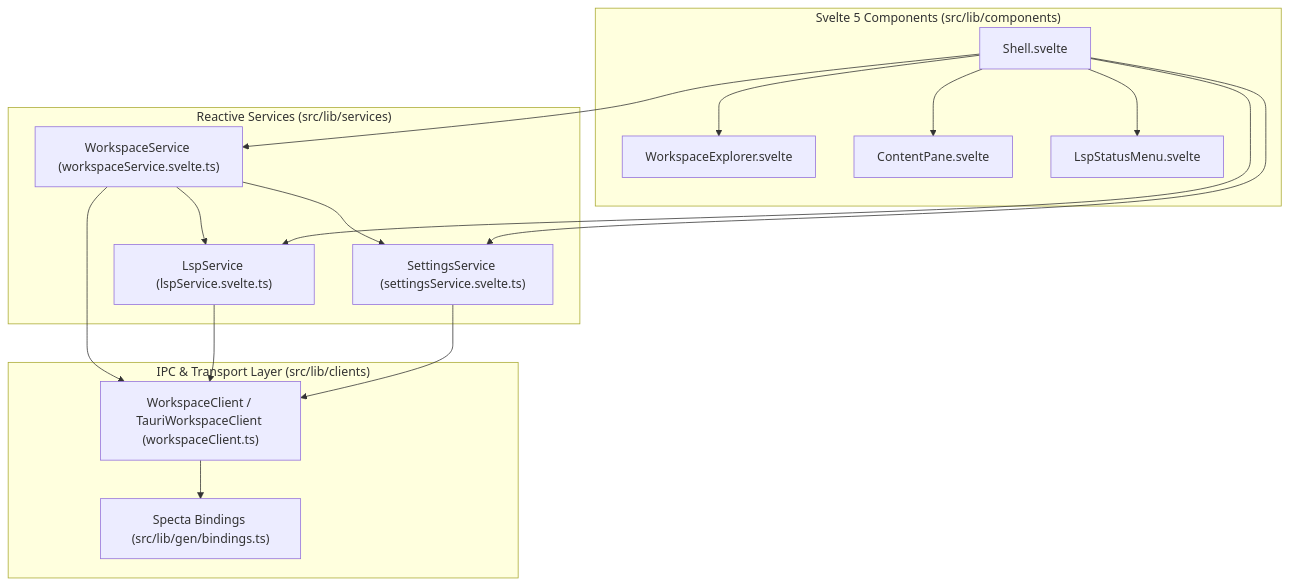
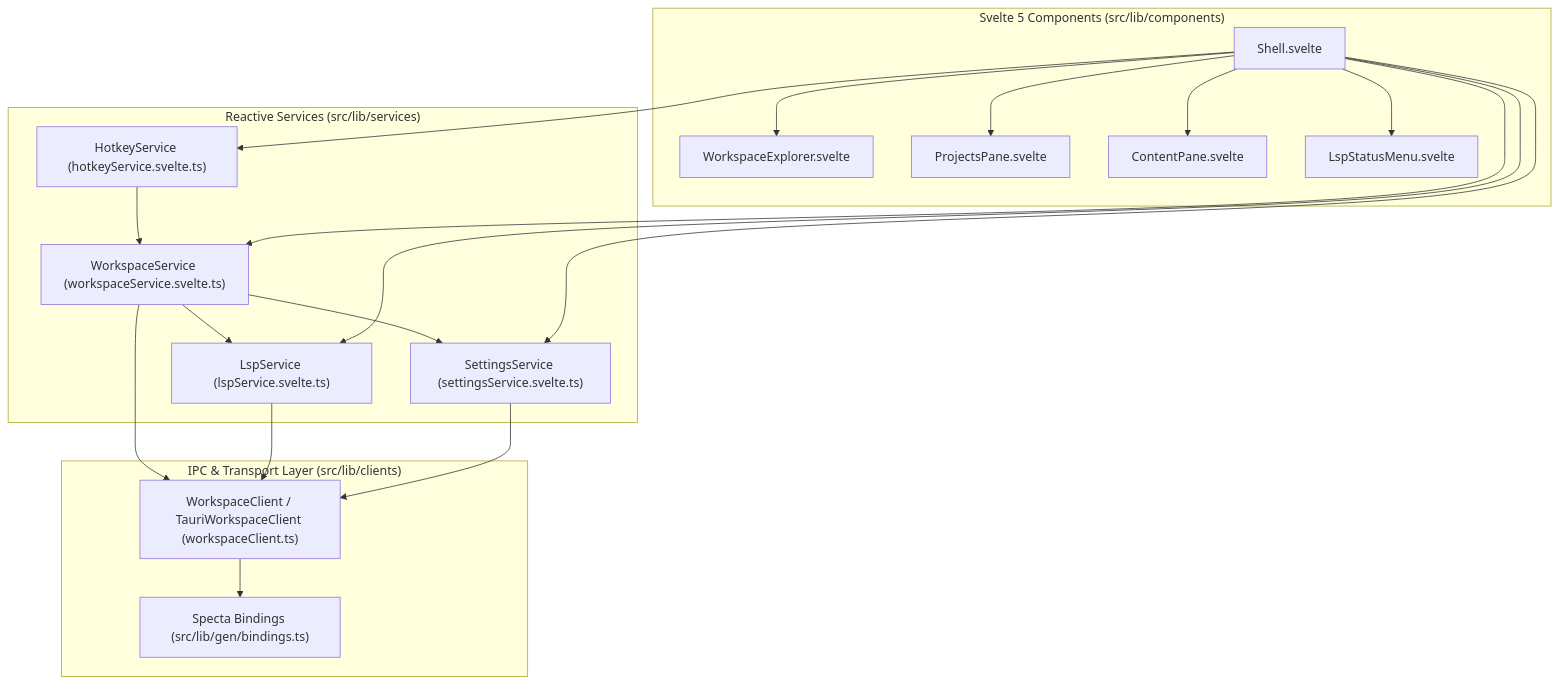
Before and after one commit to difflab-io/lgtm: the first of 3 diagrams in docs/architecture/web/index.md, drawn with Mermaid. The commit also changed 33 other files, not shown here.

````diff
--- a/docs/architecture/web/index.md
+++ b/docs/architecture/web/index.md
@@ -43,33 +43,38 @@
 ```mermaid
 flowchart TB
     subgraph Components["Svelte 5 Components (src/lib/components)"]
         SHELL["Shell.svelte"]
         EXPLORER["WorkspaceExplorer.svelte"]
+        PROJECTS["ProjectsPane.svelte"]
         CONTENT["ContentPane.svelte"]
         LSP_MENU["LspStatusMenu.svelte"]
         SHELL --> EXPLORER
+        SHELL --> PROJECTS
         SHELL --> CONTENT
         SHELL --> LSP_MENU
     end
 
     subgraph Services["Reactive Services (src/lib/services)"]
+        HOTKEY_SVC["HotkeyService (hotkeyService.svelte.ts)"]
         WS_SVC["WorkspaceService (workspaceService.svelte.ts)"]
         LSP_SVC["LspService (lspService.svelte.ts)"]
         SET_SVC["SettingsService (settingsService.svelte.ts)"]
+        HOTKEY_SVC --> WS_SVC
         WS_SVC --> LSP_SVC
         WS_SVC --> SET_SVC
     end
 
     subgraph Client["IPC & Transport Layer (src/lib/clients)"]
         WS_CLIENT["WorkspaceClient / TauriWorkspaceClient (workspaceClient.ts)"]
         BINDINGS["Specta Bindings (src/lib/gen/bindings.ts)"]
         WS_CLIENT --> BINDINGS
     end
 
+    SHELL --> HOTKEY_SVC
     SHELL --> WS_SVC
     SHELL --> LSP_SVC
     SHELL --> SET_SVC
     WS_SVC --> WS_CLIENT
     LSP_SVC --> WS_CLIENT
     SET_SVC --> WS_CLIENT
 ```
````
